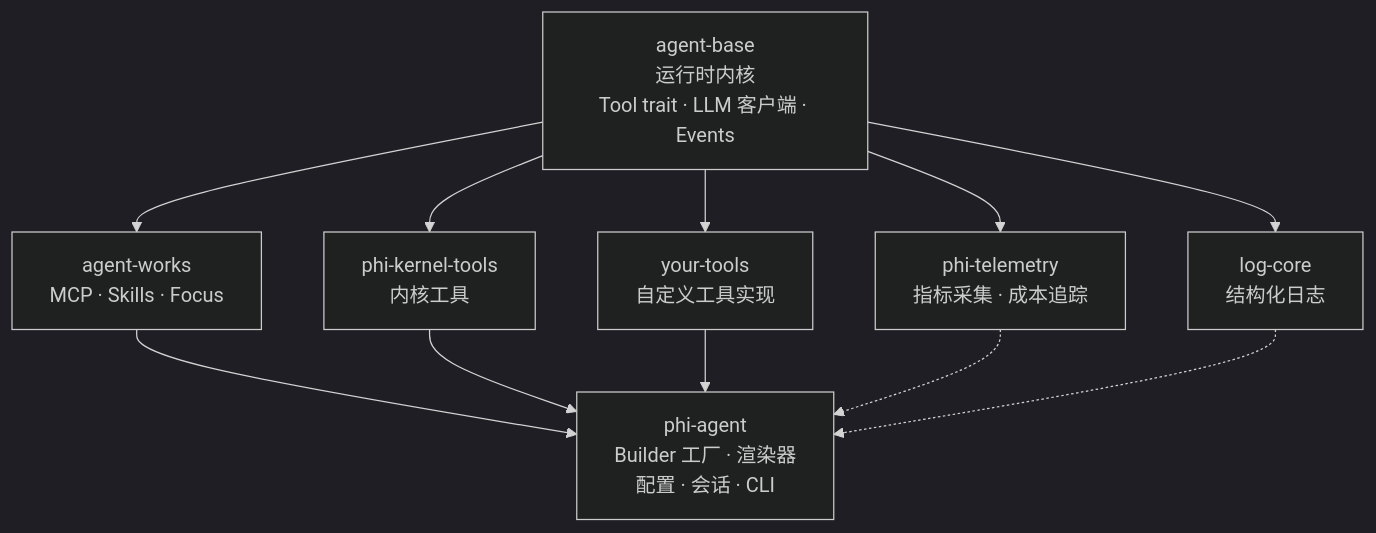
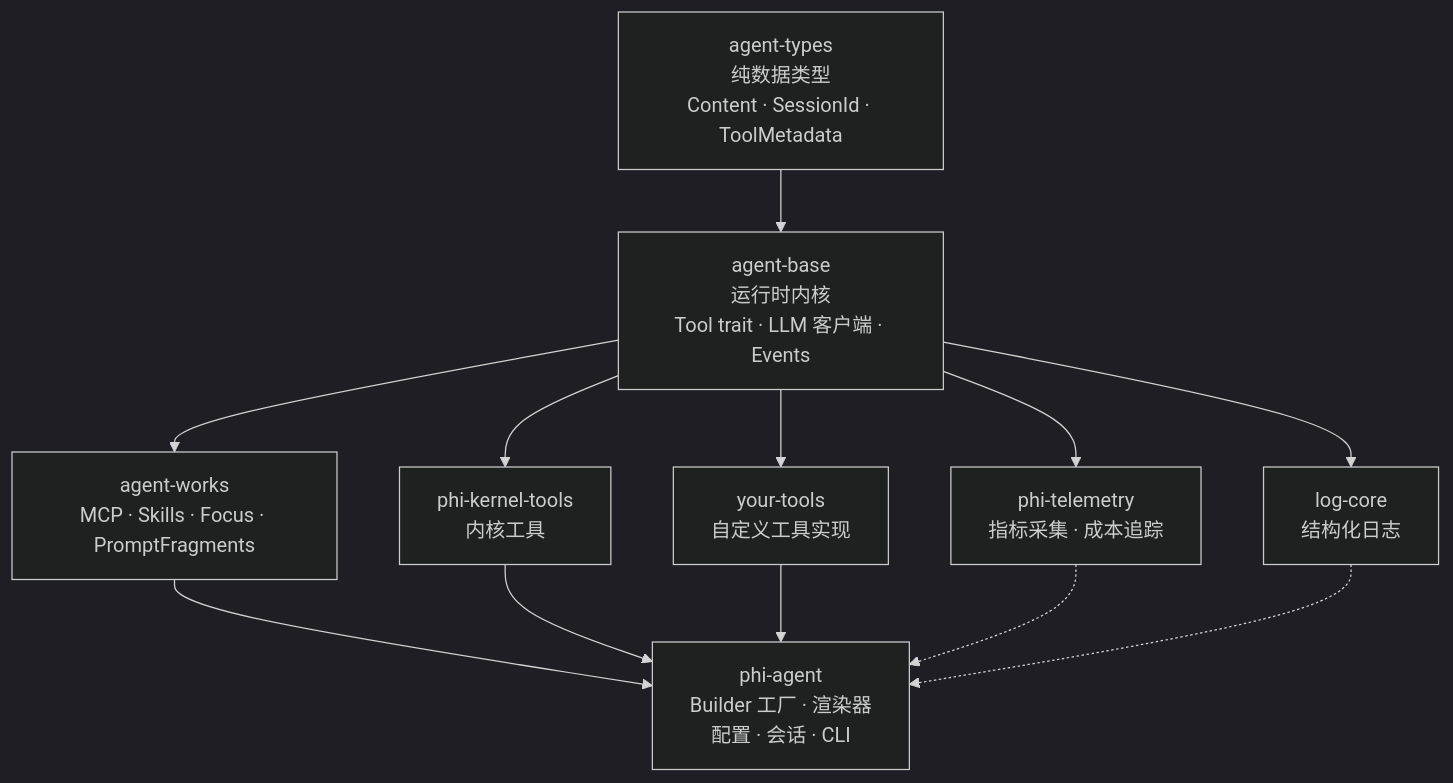
One commit to hibuka-labs/phi-agent changed the diagram in docs/zh/guide/concepts/architecture.md. Above: the diagram before and after it, drawn with Mermaid (dark theme). The commit also changed other lines of this file and 15 other files, not shown here.

First line of the commit message:
refactor(prompt): extract prompt into modular fragments

````diff
--- a/docs/zh/guide/concepts/architecture.md
+++ b/docs/zh/guide/concepts/architecture.md
@@ -24,18 +25,21 @@
 ```mermaid
 graph TB
+    AT[agent-types<br/>纯数据类型<br/>Content · SessionId · ToolMetadata]
+
     AB[agent-base<br/>运行时内核<br/>Tool trait · LLM 客户端 · Events]
+    AT --> AB
 
-    AB --> AW[agent-works<br/>MCP · Skills · Focus]
+    AB --> AW[agent-works<br/>MCP · Skills · Focus · PromptFragments]
     AB --> PKT[phi-kernel-tools<br/>内核工具]
     AB --> YT[your-tools<br/>自定义工具实现]
     AB --> PTEL[phi-telemetry<br/>指标采集 · 成本追踪]
     AB --> LOG[log-core<br/>结构化日志]
 
     AW --> PA
     PKT --> PA
     YT --> PA
     PTEL -.-> PA
     LOG -.-> PA
 
     PA[phi-agent<br/>Builder 工厂 · 渲染器<br/>配置 · 会话 · CLI]
 ```
````
